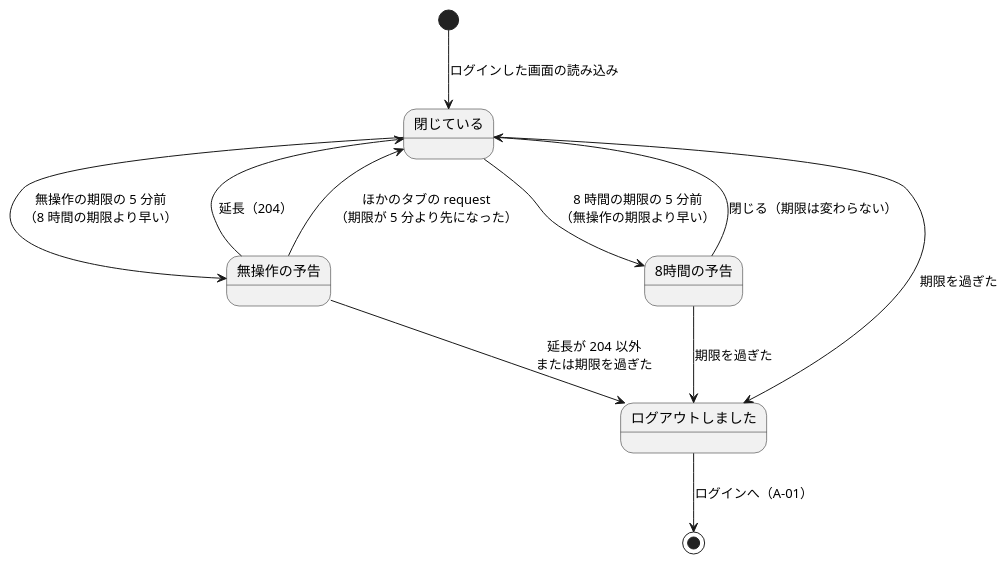
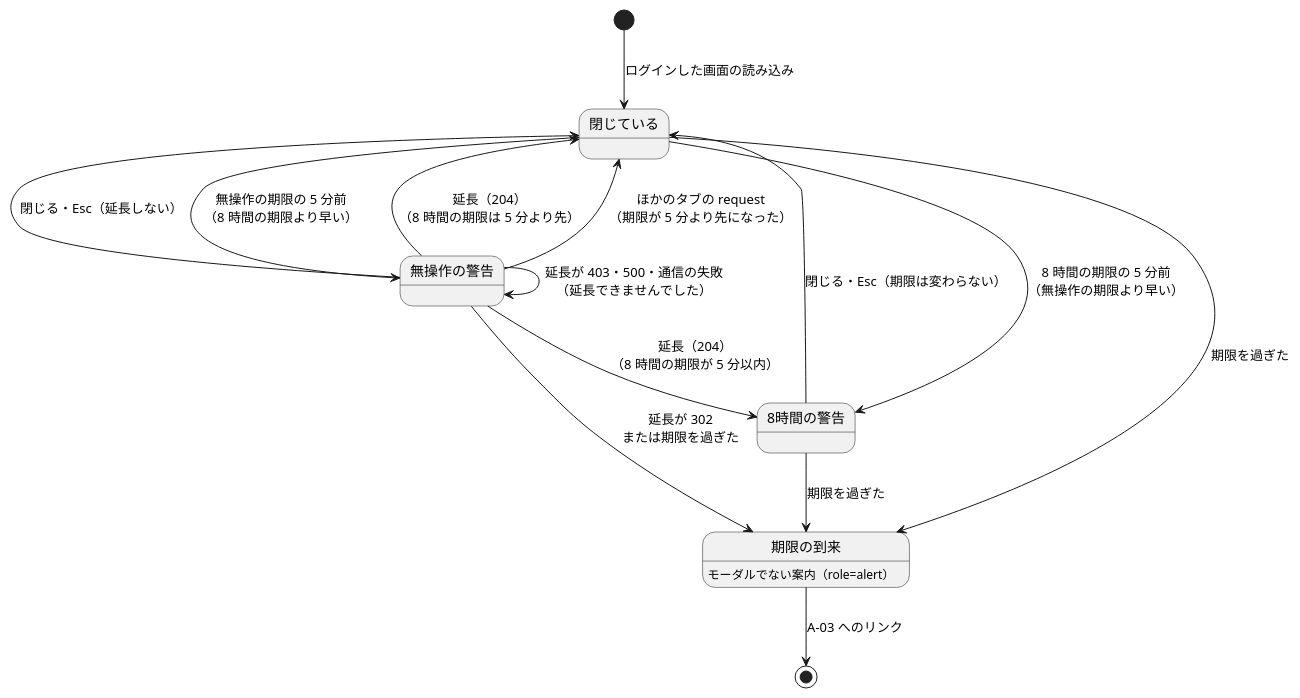
One commit to k2works/practical-domain-driven-design-in-enterpris-application changed the first of 2 diagrams in docs/development/cargo-tracker/bolt_32b_plan.md. Above: the diagram before and after it, drawn with PlantUML. The commit also changed other lines of this file and 3 other files, not shown here.

````diff
--- a/docs/development/cargo-tracker/bolt_32b_plan.md
+++ b/docs/development/cargo-tracker/bolt_32b_plan.md
@@ -84,14 +92,18 @@
 ```plantuml
 @startuml
 [*] --> 閉じている : ログインした画面の読み込み
-閉じている --> 無操作の予告 : 無操作の期限の 5 分前\n（8 時間の期限より早い）
-閉じている --> 8時間の予告 : 8 時間の期限の 5 分前\n（無操作の期限より早い）
-無操作の予告 --> 閉じている : 延長（204）
-無操作の予告 --> 閉じている : ほかのタブの request\n（期限が 5 分より先になった）
-無操作の予告 --> ログアウトしました : 延長が 204 以外\nまたは期限を過ぎた
-8時間の予告 --> 閉じている : 閉じる（期限は変わらない）
-閉じている --> ログアウトしました : 期限を過ぎた
-8時間の予告 --> ログアウトしました : 期限を過ぎた
-ログアウトしました --> [*] : ログインへ（A-01）
+閉じている --> 無操作の警告 : 無操作の期限の 5 分前\n（8 時間の期限より早い）
+閉じている --> 8時間の警告 : 8 時間の期限の 5 分前\n（無操作の期限より早い）
+無操作の警告 --> 閉じている : 延長（204）\n（8 時間の期限は 5 分より先）
+無操作の警告 --> 8時間の警告 : 延長（204）\n（8 時間の期限が 5 分以内）
+無操作の警告 --> 閉じている : ほかのタブの request\n（期限が 5 分より先になった）
+無操作の警告 --> 無操作の警告 : 延長が 403・500・通信の失敗\n（延長できませんでした）
+無操作の警告 --> 閉じている : 閉じる・Esc（延長しない）
+無操作の警告 --> 期限の到来 : 延長が 302\nまたは期限を過ぎた
+8時間の警告 --> 閉じている : 閉じる・Esc（期限は変わらない）
+閉じている --> 期限の到来 : 期限を過ぎた
+8時間の警告 --> 期限の到来 : 期限を過ぎた
+期限の到来 : モーダルでない案内（role=alert）
+期限の到来 --> [*] : A-03 へのリンク
 @enduml
 ```
````
